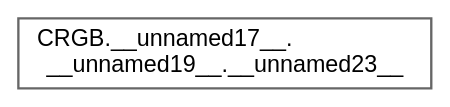
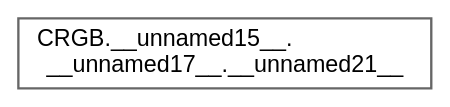
The diagram in docs/inherit_graph_41.dot (mcx/FastLED), drawn with Graphviz before and after one commit. The commit also changed 1592 other files, not shown here.

```diff
--- a/docs/inherit_graph_41.dot
+++ b/docs/inherit_graph_41.dot
@@ -1,9 +1,9 @@
 digraph "Graphical Class Hierarchy"
 {
  // LATEX_PDF_SIZE
   bgcolor="transparent";
   edge [fontname=Helvetica,fontsize=10,labelfontname=Helvetica,labelfontsize=10];
   node [fontname=Helvetica,fontsize=10,shape=box,height=0.2,width=0.4];
   rankdir="LR";
-  Node0 [id="Node000000",label="CRGB.__unnamed17__.\l__unnamed19__.__unnamed23__",height=0.2,width=0.4,color="grey40", fillcolor="white", style="filled",URL="$db/d87/group___pixel_types.html#dc/da4/union_c_r_g_b_8____unnamed17_____8____unnamed19_____8____unnamed23____",tooltip=" "];
+  Node0 [id="Node000000",label="CRGB.__unnamed15__.\l__unnamed17__.__unnamed21__",height=0.2,width=0.4,color="grey40", fillcolor="white", style="filled",URL="$db/d87/group___pixel_types.html#db/df9/union_c_r_g_b_8____unnamed15_____8____unnamed17_____8____unnamed21____",tooltip=" "];
 }
```
